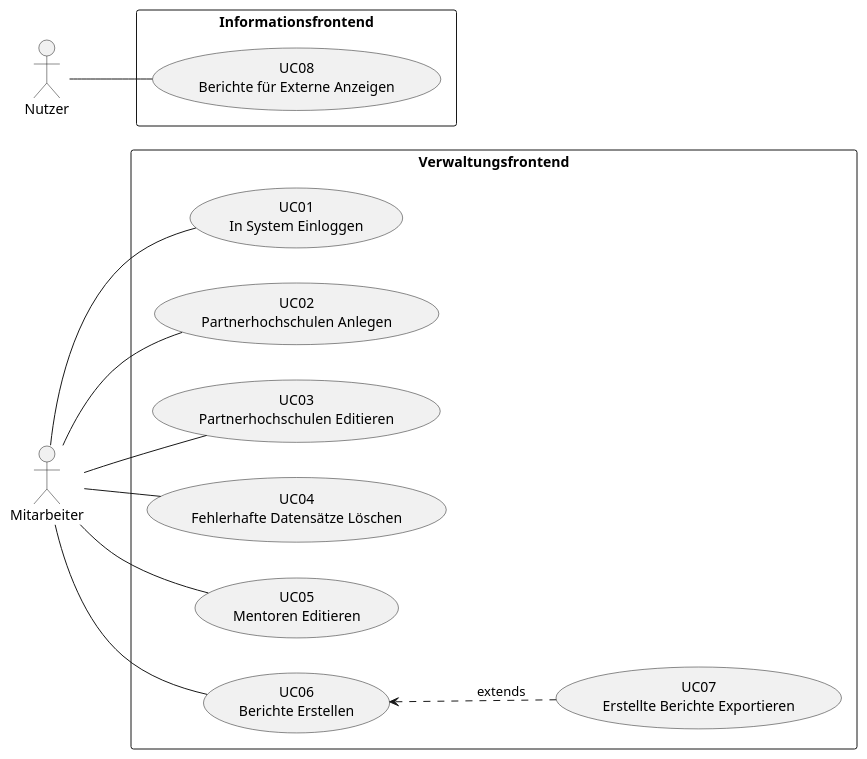
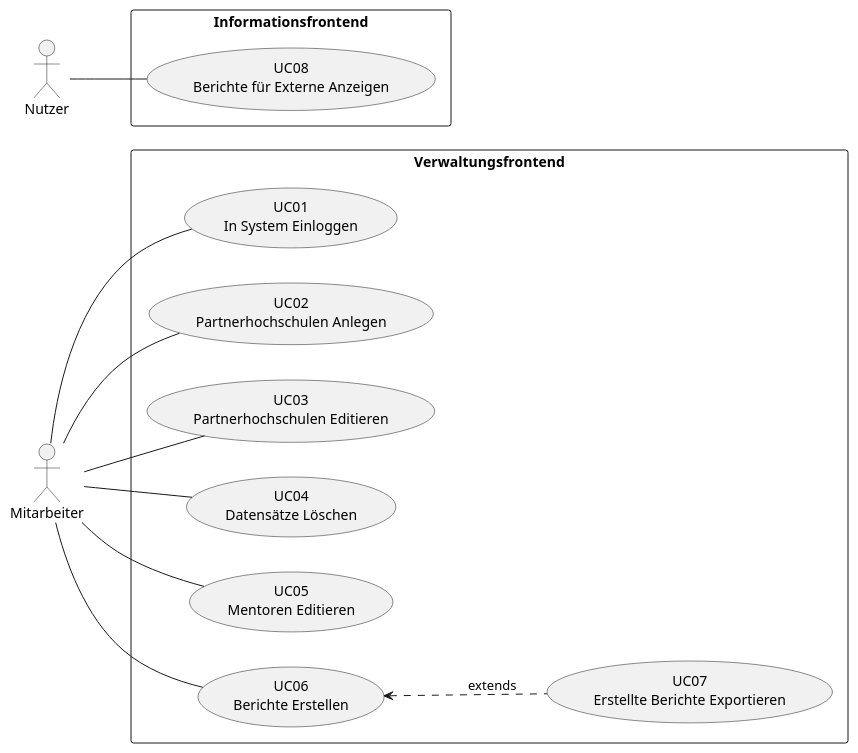
One commit to jay-hae/SE-Projekt-I3 changed the diagram in docs/requirements/plantuml/use_case_diagram.puml. Above: the diagram before and after it, drawn with PlantUML. The commit also changed 11 other files, not shown here.

```diff
--- a/docs/requirements/plantuml/use_case_diagram.puml
+++ b/docs/requirements/plantuml/use_case_diagram.puml
@@ -1,33 +1,33 @@
 @startuml
 left to right direction
 
 actor Mitarbeiter
 
 rectangle "Verwaltungsfrontend" {
 usecase "UC01\nIn System Einloggen" as uc01
 usecase "UC02\nPartnerhochschulen Anlegen" as uc02
 usecase "UC03\nPartnerhochschulen Editieren" as uc03
-usecase "UC04\nFehlerhafte Datensätze Löschen" as uc04
+usecase "UC04\nDatensätze Löschen" as uc04
 usecase "UC05\nMentoren Editieren" as uc05
 usecase "UC06\nBerichte Erstellen" as uc06
 usecase "UC07\nErstellte Berichte Exportieren" as uc07
 }
 
 Mitarbeiter -- uc01
 Mitarbeiter -- uc02
 Mitarbeiter -- uc03
 Mitarbeiter -- uc04
 Mitarbeiter -- uc05
 Mitarbeiter -- uc06
 uc06 <.down. uc07 : extends
 
 
 actor Nutzer
 
 rectangle "Informationsfrontend" {
 
 usecase "UC08\nBerichte für Externe Anzeigen" as uc08
 }
 Nutzer -- uc08
 
 @enduml
```
